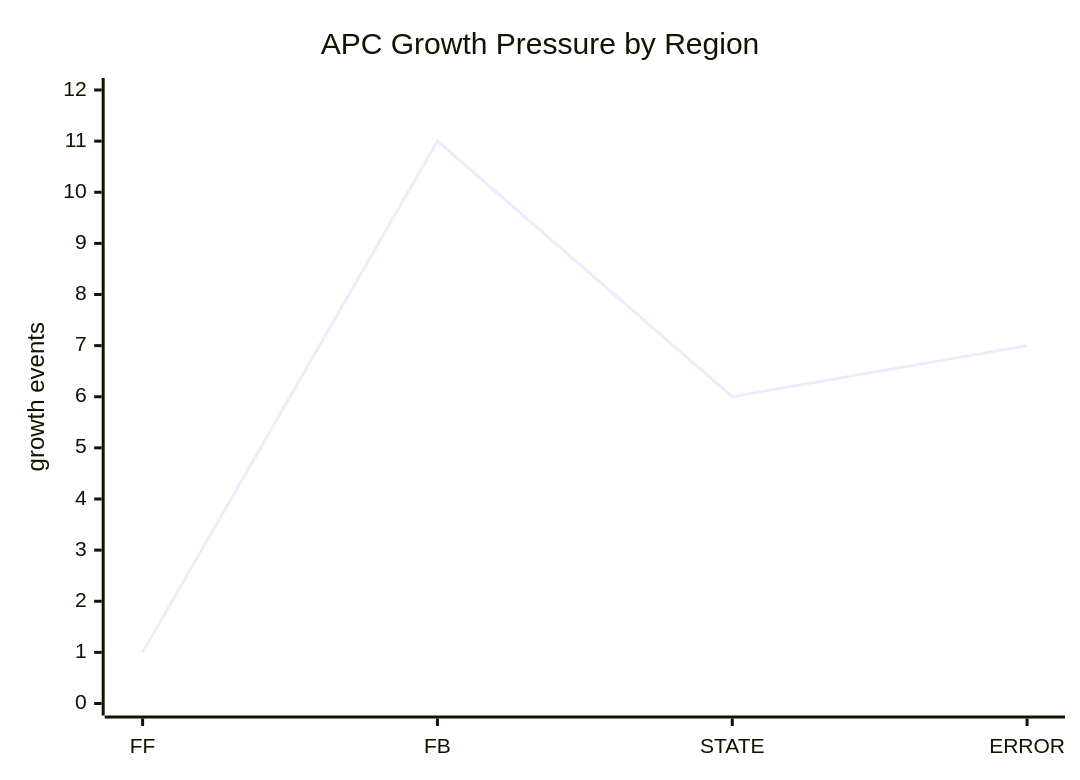
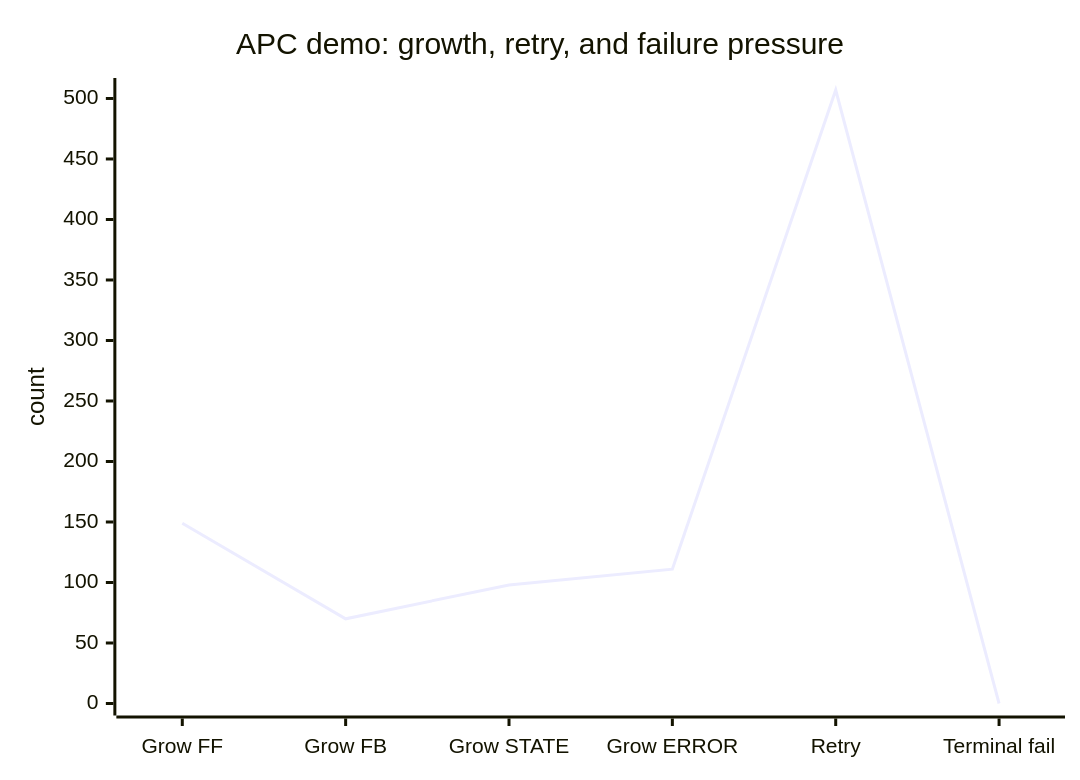
Before and after one commit to raf212/Encoded-Silicon-Programming: the third of 3 diagrams in readme.md, drawn with Mermaid. The commit also changed other lines of this file and 8 other files, not shown here.

````diff
--- a/readme.md
+++ b/readme.md
@@ -64,7 +357,7 @@
 ```mermaid
 xychart-beta
-    title "APC Growth Pressure by Region"
-    x-axis ["FF", "FB", "STATE", "ERROR"]
-    y-axis "growth events" 0 --> 12
-    line [1, 11, 6, 7]
+    title "APC demo: growth, retry, and failure pressure"
+    x-axis ["Grow FF", "Grow FB", "Grow STATE", "Grow ERROR", "Retry", "Terminal fail"]
+    y-axis "count" 0 --> 507
+    line [149, 70, 98, 111, 507, 0]
 ```
````
